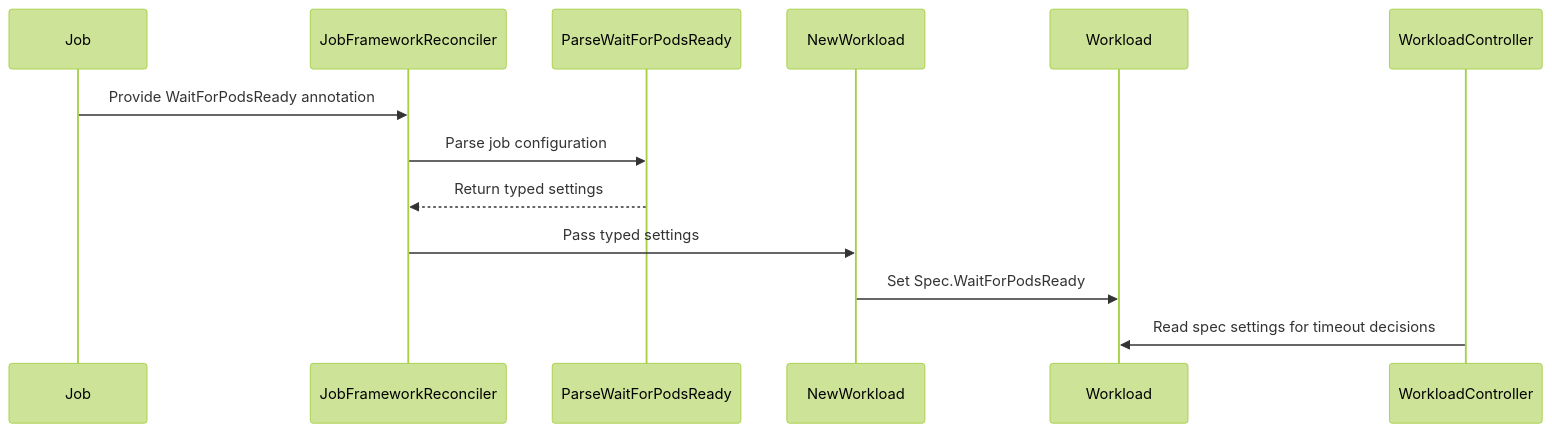
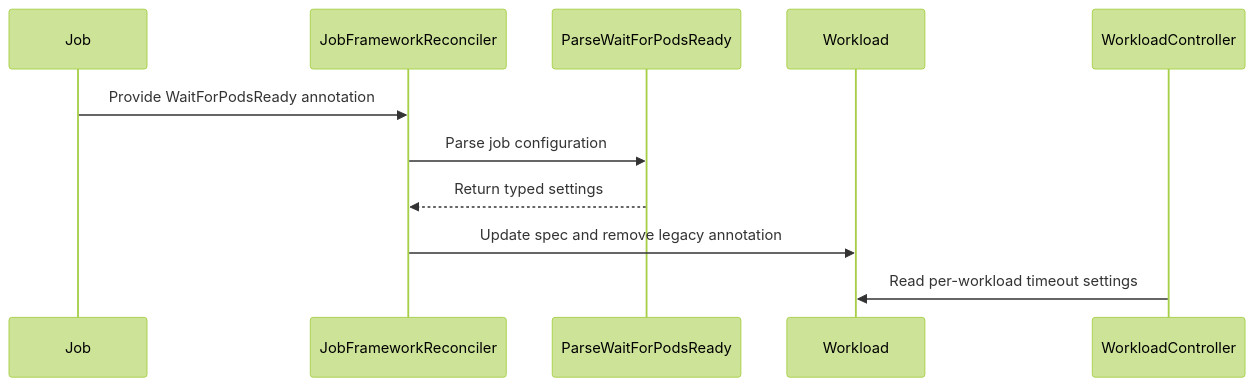
One commit to reruno/kueue-llm-wiki changed the diagram in raw/github/kubernetes-sigs__kueue/pr-17526.md. Above: the diagram before and after it, drawn with Mermaid (forest theme). The commit also changed other lines of this file and 1586 other files, not shown here.

````diff
--- a/raw/github/kubernetes-sigs__kueue/pr-17526.md
+++ b/raw/github/kubernetes-sigs__kueue/pr-17526.md
@@ -151,15 +183,13 @@
 ```mermaid
 sequenceDiagram
   participant Job
   participant JobFrameworkReconciler
   participant ParseWaitForPodsReady
-  participant NewWorkload
   participant Workload
   participant WorkloadController
   Job->>JobFrameworkReconciler: Provide WaitForPodsReady annotation
   JobFrameworkReconciler->>ParseWaitForPodsReady: Parse job configuration
   ParseWaitForPodsReady-->>JobFrameworkReconciler: Return typed settings
-  JobFrameworkReconciler->>NewWorkload: Pass typed settings
-  NewWorkload->>Workload: Set Spec.WaitForPodsReady
-  WorkloadController->>Workload: Read spec settings for timeout decisions
+  JobFrameworkReconciler->>Workload: Update spec and remove legacy annotation
+  WorkloadController->>Workload: Read per-workload timeout settings
 ```
````
